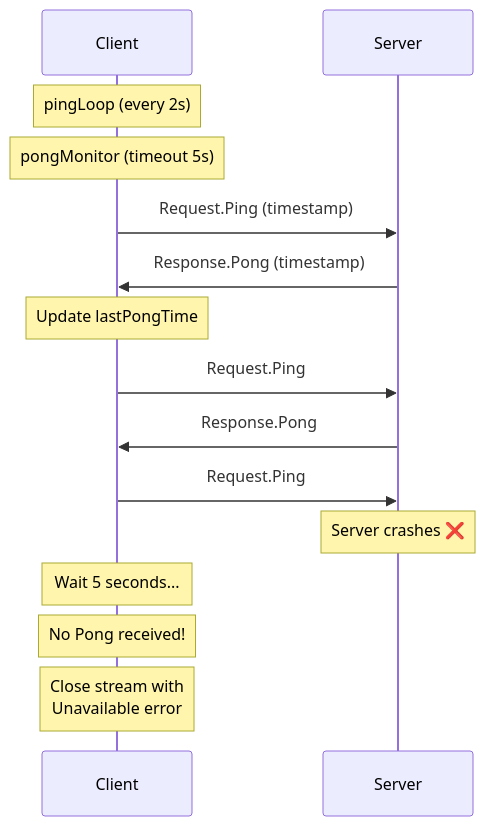
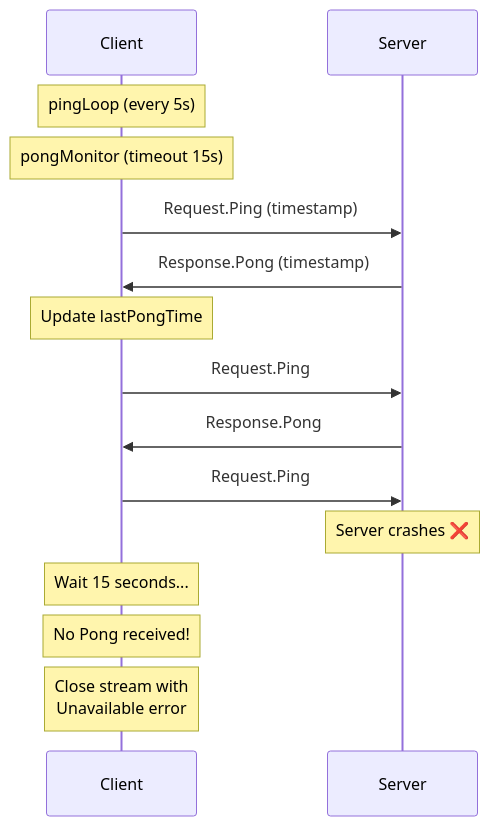
One commit to dengliu/nats-grpc changed the fifth of 7 diagrams in README.md. Above: the diagram before and after it, drawn with Mermaid. The commit also changed other lines of this file, not shown here.

````diff
--- a/README.md
+++ b/README.md
@@ -231,22 +255,22 @@
 ```mermaid
 sequenceDiagram
     participant Client
     participant Server
-    
-    Note over Client: pingLoop (every 2s)
-    Note over Client: pongMonitor (timeout 5s)
-    
+
+    Note over Client: pingLoop (every 5s)
+    Note over Client: pongMonitor (timeout 15s)
+
     Client->>Server: Request.Ping (timestamp)
     Server->>Client: Response.Pong (timestamp)
     Note over Client: Update lastPongTime
-    
+
     Client->>Server: Request.Ping
     Server->>Client: Response.Pong
-    
+
     Client->>Server: Request.Ping
     Note over Server: Server crashes ❌
-    
-    Note over Client: Wait 5 seconds...
+
+    Note over Client: Wait 15 seconds...
     Note over Client: No Pong received!
     Note over Client: Close stream with<br/>Unavailable error
 ```
````
